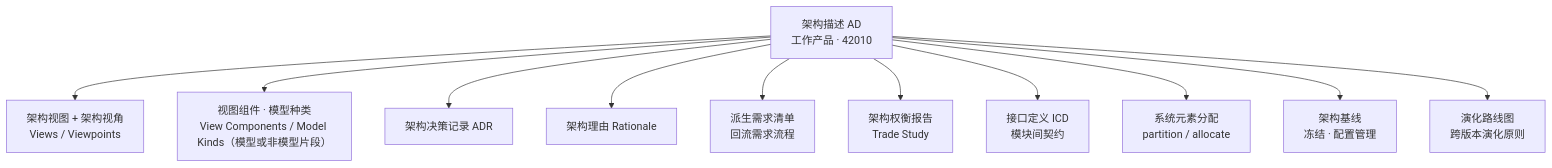
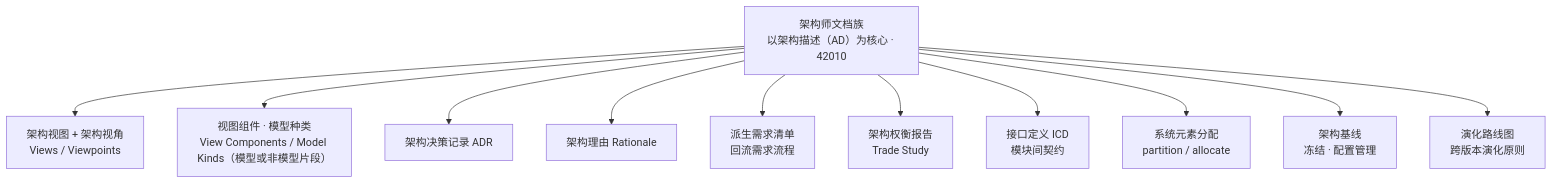
One commit to Yongjunzhou/AOS-system-design changed diagram 11 of 21 in 100-subprojects/01-系统工程研究/00-系统工程相关研究报告/13-工程角色谱系研究报告-从模块工程师到系统架构师.md. Above: the diagram before and after it, drawn with Mermaid. The commit also changed other lines of this file and 20 other files, not shown here.

````diff
--- a/100-subprojects/01-系统工程研究/00-系统工程相关研究报告/13-工程角色谱系研究报告-从模块工程师到系统架构师.md
+++ b/100-subprojects/01-系统工程研究/00-系统工程相关研究报告/13-工程角色谱系研究报告-从模块工程师到系统架构师.md
@@ -515,13 +521,13 @@
 ```mermaid
 flowchart TD
-    AD["架构描述 AD<br/>工作产品 · 42010"] --> V1["架构视图 + 架构视角<br/>Views / Viewpoints"]
+    AD["架构师文档族<br/>以架构描述（AD）为核心 · 42010"] --> V1["架构视图 + 架构视角<br/>Views / Viewpoints"]
     AD --> V2["视图组件 · 模型种类<br/>View Components / Model Kinds（模型或非模型片段）"]
     AD --> V3["架构决策记录 ADR"]
     AD --> V4["架构理由 Rationale"]
     AD --> V5["派生需求清单<br/>回流需求流程"]
     AD --> V6["架构权衡报告<br/>Trade Study"]
     AD --> V7["接口定义 ICD<br/>模块间契约"]
     AD --> V8["系统元素分配<br/>partition / allocate"]
     AD --> V9["架构基线<br/>冻结 · 配置管理"]
     AD --> V10["演化路线图<br/>跨版本演化原则"]
 ```
````
